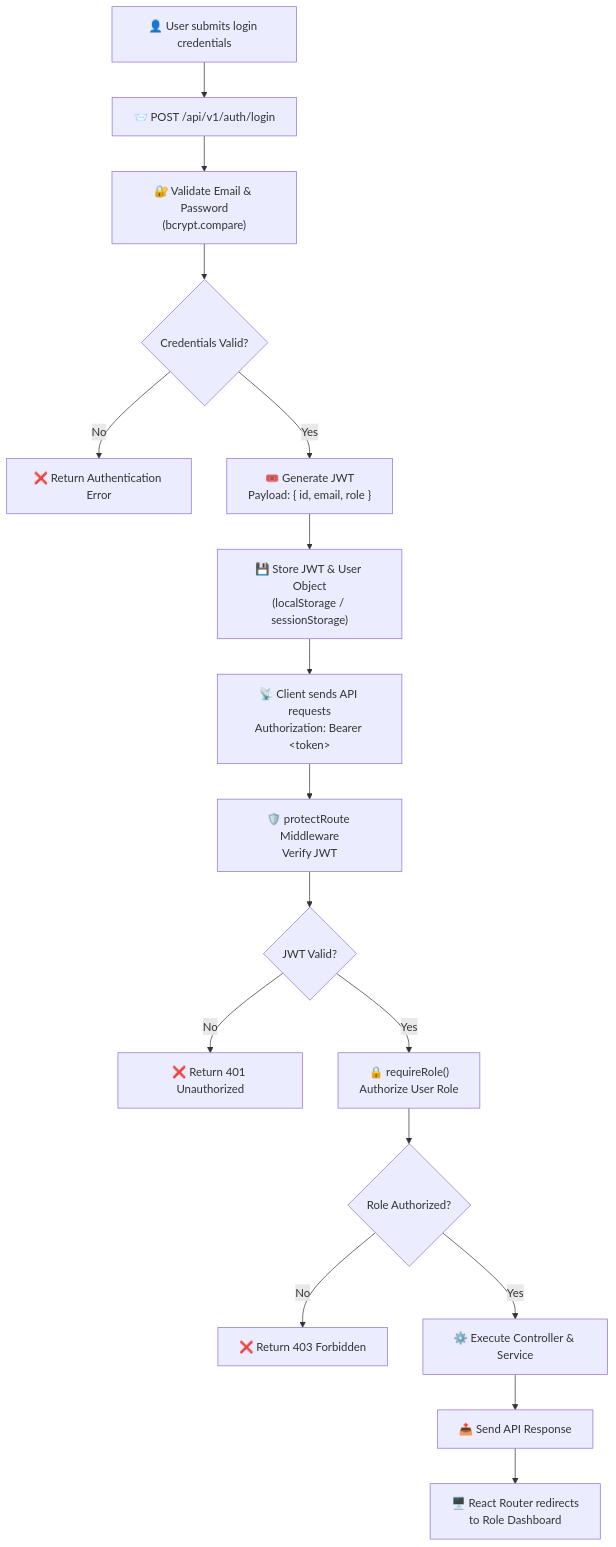
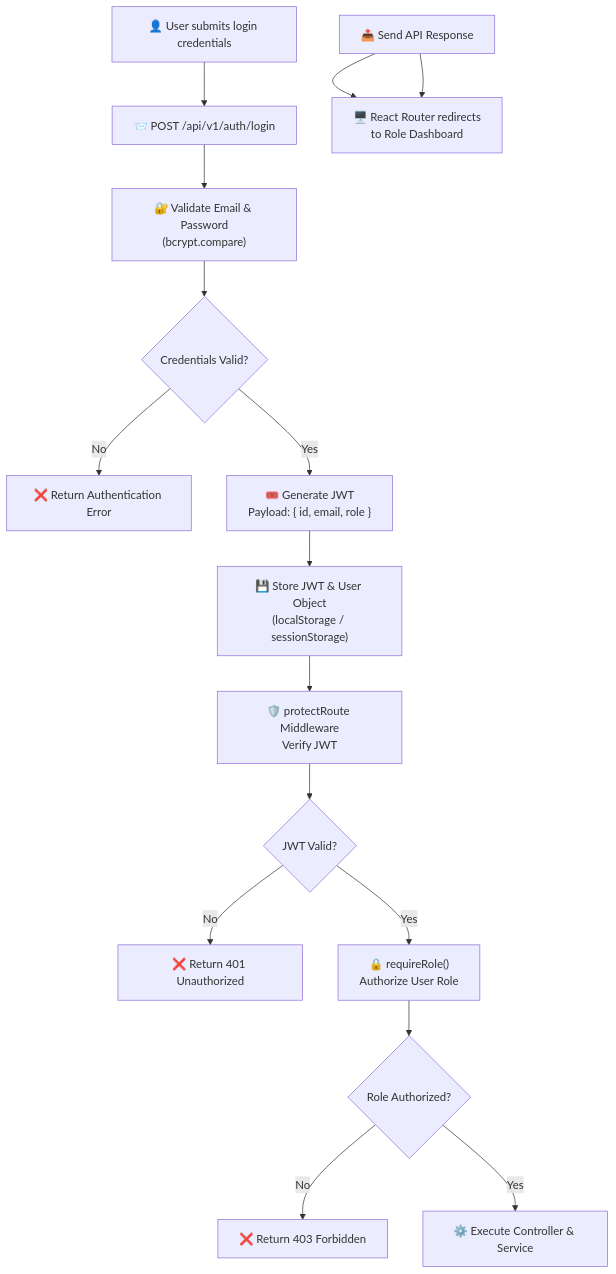
The second of 3 diagrams in README.md (HetLimbani-learnerboy/CareOS), drawn with Mermaid before and after one commit. The commit also changed other lines of this file, not shown here.

````diff
--- a/README.md
+++ b/README.md
@@ -325,61 +323,57 @@
 ```mermaid
 flowchart TD
 
     A["👤 User submits login credentials"]
 
     B["📨 POST /api/v1/auth/login"]
 
     C["🔐 Validate Email & Password<br/>(bcrypt.compare)"]
 
     D{"Credentials Valid?"}
 
     E["❌ Return Authentication Error"]
 
     F["🎟️ Generate JWT<br/>Payload: { id, email, role }"]
 
     G["💾 Store JWT & User Object<br/>(localStorage / sessionStorage)"]
 
-    H["📡 Client sends API requests<br/>Authorization: Bearer &lt;token&gt;"]
+    H["🛡️ protectRoute Middleware<br/>Verify JWT"]
 
-    I["🛡️ protectRoute Middleware<br/>Verify JWT"]
+    I{"JWT Valid?"}
 
-    J{"JWT Valid?"}
+    J["❌ Return 401 Unauthorized"]
 
-    K["❌ Return 401 Unauthorized"]
+    K["🔒 requireRole()<br/>Authorize User Role"]
 
-    L["🔒 requireRole()<br/>Authorize User Role"]
+    L{"Role Authorized?"}
 
-    M{"Role Authorized?"}
+    M["❌ Return 403 Forbidden"]
 
-    N["❌ Return 403 Forbidden"]
+    N["⚙️ Execute Controller & Service"]
 
-    O["⚙️ Execute Controller & Service"]
+    O["📤 Send API Response"]
 
-    P["📤 Send API Response"]
-
-    Q["🖥️ React Router redirects<br/>to Role Dashboard"]
+    P["🖥️ React Router redirects<br/>to Role Dashboard"]
 
     A --> B
     B --> C
     C --> D
 
     D -- "No" --> E
     D -- "Yes" --> F
 
     F --> G
     G --> H
     H --> I
 
-    I --> J
+    I -- "No" --> J
+    I -- "Yes" --> K
 
-    J -- "No" --> K
-    J -- "Yes" --> L
+    K --> L
 
-    L --> M
-
-    M -- "No" --> N
-    M -- "Yes" --> O
+    L -- "No" --> M
+    L -- "Yes" --> N
 
     O --> P
-    P --> Q
+    O --> P
 ```
````
